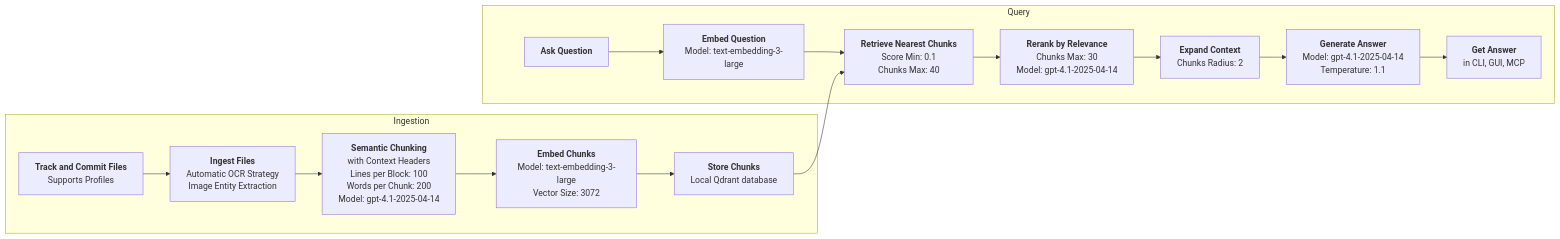
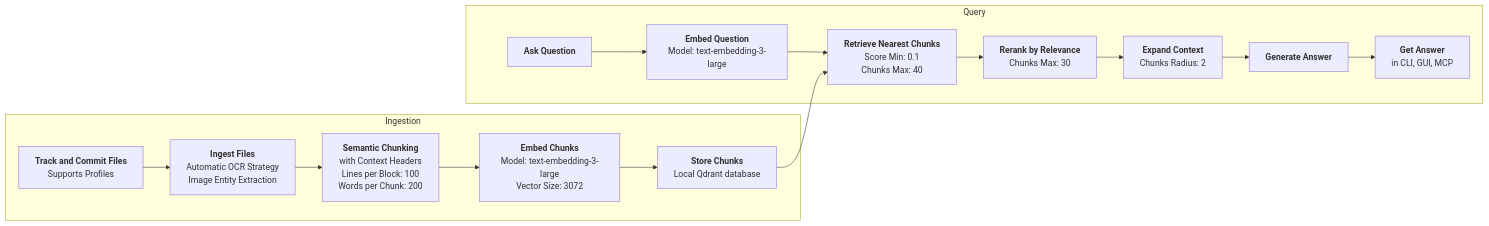
One commit to shredEngineer/Archive-Agent changed the diagram in README.md. Above: the diagram before and after it, drawn with Mermaid. The commit also changed other lines of this file and 3 other files, not shown here.

````diff
--- a/README.md
+++ b/README.md
@@ -66,22 +66,22 @@
 ```mermaid
 graph LR
 
   %% Ingestion Pipeline
   subgraph Ingestion
     A[<b>Track and Commit Files</b><br>Supports Profiles] --> B[<b>Ingest Files</b><br>Automatic OCR Strategy<br>Image Entity Extraction]
-    B --> C[<b>Semantic Chunking</b><br>with Context Headers<br>Lines per Block: 100<br>Words per Chunk: 200<br>Model: gpt-4.1-2025-04-14]
+    B --> C[<b>Semantic Chunking</b><br>with Context Headers<br>Lines per Block: 100<br>Words per Chunk: 200]
     C --> D[<b>Embed Chunks</b><br>Model: text-embedding-3-large<br>Vector Size: 3072]
     D --> E[<b>Store Chunks</b><br>Local Qdrant database]
   end
 
   %% Query Pipeline
   subgraph Query
     F[<b>Ask Question</b>] --> G[<b>Embed Question</b><br>Model: text-embedding-3-large]
     G --> H[<b>Retrieve Nearest Chunks</b><br>Score Min: 0.1<br>Chunks Max: 40]
     E --> H
-    H --> I[<b>Rerank by Relevance</b><br>Chunks Max: 30<br>Model: gpt-4.1-2025-04-14]
+    H --> I[<b>Rerank by Relevance</b><br>Chunks Max: 30]
     I --> J[<b>Expand Context</b><br>Chunks Radius: 2]
-    J --> K[<b>Generate Answer</b><br>Model: gpt-4.1-2025-04-14<br>Temperature: 1.1]
+    J --> K[<b>Generate Answer</b>]
     K --> L[<b>Get Answer</b><br>in CLI, GUI, MCP]
   end
 ```
````
